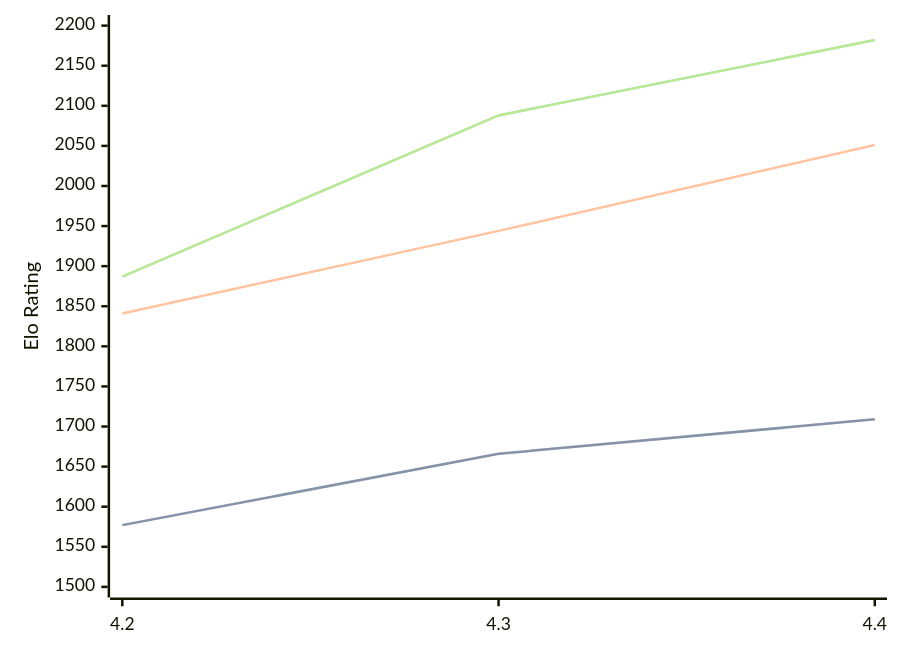
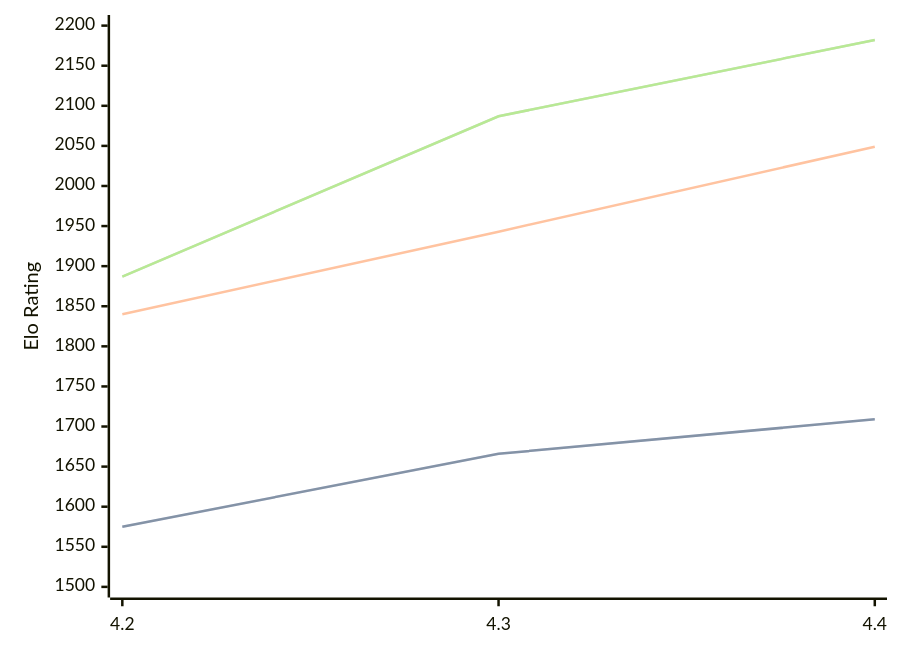
Before and after one commit to computer-chess-index/cci: the first of 3 diagrams in engines/Radiance.md, drawn with Mermaid. The commit also changed other lines of this file, not shown here.

Commit message:
Update CCI Ratings (ELO VLTC) - 2026-06-27

````diff
--- a/engines/Radiance.md
+++ b/engines/Radiance.md
@@ -36,11 +36,11 @@
 ```mermaid
 %%{init: {"theme":"base","themeVariables":{"seriesColors:['#a3a3a3','#222221','#faa371']}}}%%
 xychart-beta
   x-axis ["4.2", "4.3", "4.4"]
   y-axis "Elo Rating" 1500 --> 2200
-  line "STC (8.0+0.08s)" [1577, 1666, 1709]
-  line "STC (8.0+0.08s)" [1577, 1666, 1709]
-  line "LTC (60.0+0.60s)" [1841, 1944, 2051]
-  line "VLTC (2m24s+1.12s)" [1887, 2088, 2182]
-  line "VLTC (2m24s+1.12s)" [1887, 2088, 2182]
+  line "STC (8.0+0.08s)" [1575, 1666, 1709]
+  line "STC (8.0+0.08s)" [1575, 1666, 1709]
+  line "LTC (60.0+0.60s)" [1840, 1943, 2049]
+  line "VLTC (2m24s+1.12s)" [1887, 2087, 2182]
+  line "VLTC (2m24s+1.12s)" [1887, 2087, 2182]
 ```
````
